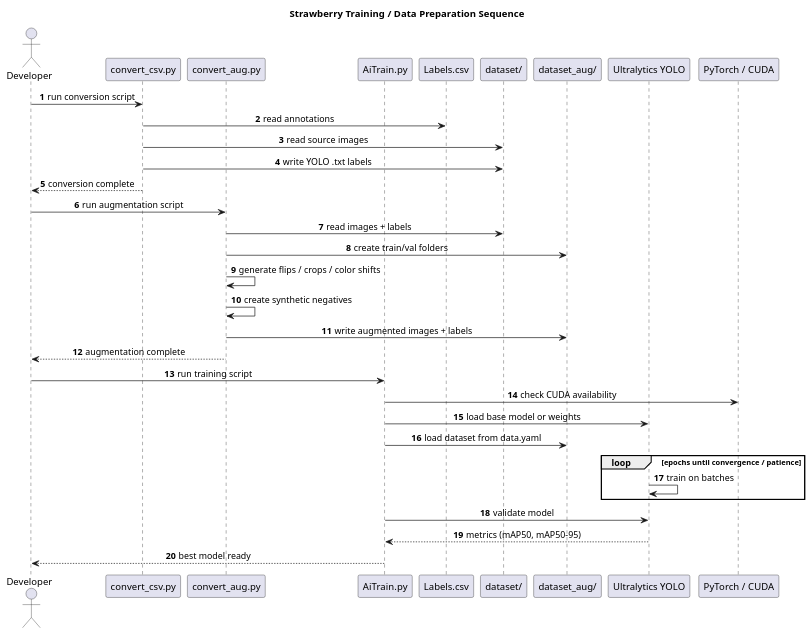
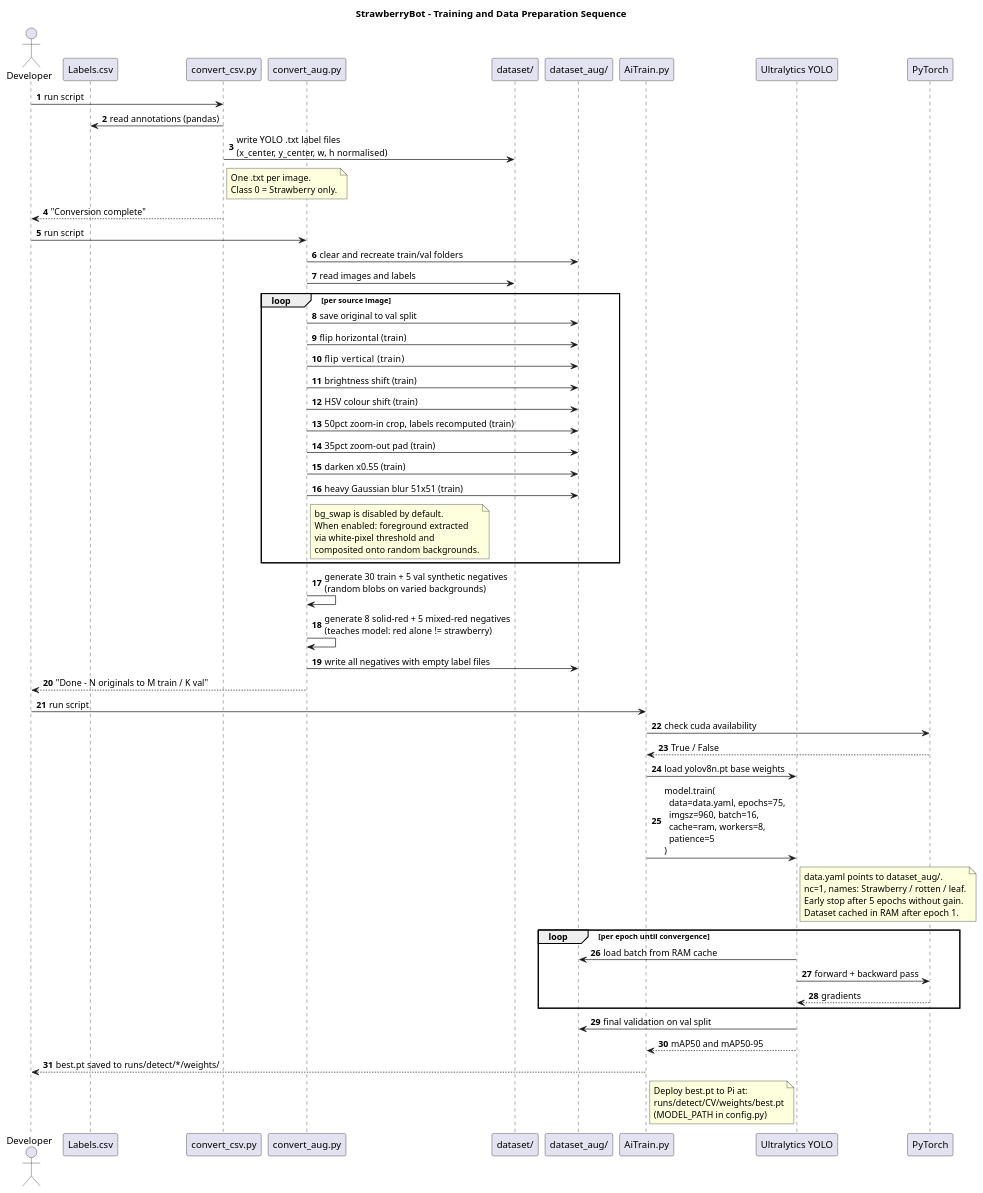
The diagram in plantuml/strawberry_training_sequence.puml (mr-matthias1829/StrawberryBot), drawn with PlantUML before and after one commit. The commit also changed 9 other files, not shown here.

Commit message:
updated uml and worked on some of the views. UPDATE AND FINISH THIS WHEN CODE IS NEARLY FINISHED

```diff
--- a/plantuml/strawberry_training_sequence.puml
+++ b/plantuml/strawberry_training_sequence.puml
@@ -1,42 +1,80 @@
 @startuml
-title Strawberry Training / Data Preparation Sequence
+title StrawberryBot - Training and Data Preparation Sequence
 autonumber
 skinparam responseMessageBelowArrow true
-skinparam sequenceMessageAlign center
 
 actor Developer
+participant "Labels.csv" as LABELS
 participant "convert_csv.py" as CSV
 participant "convert_aug.py" as AUG
-participant "AiTrain.py" as TRAIN
-participant "Labels.csv" as LABELS
 participant "dataset/" as DATASET
 participant "dataset_aug/" as AUGSET
+participant "AiTrain.py" as TRAIN
 participant "Ultralytics YOLO" as YOLO
-participant "PyTorch / CUDA" as TORCH
+participant "PyTorch" as TORCH
 
-Developer -> CSV: run conversion script
-CSV -> LABELS: read annotations
-CSV -> DATASET: read source images
-CSV -> DATASET: write YOLO .txt labels
-CSV --> Developer: conversion complete
+Developer -> CSV: run script
+CSV -> LABELS: read annotations (pandas)
+CSV -> DATASET: write YOLO .txt label files\n(x_center, y_center, w, h normalised)
+note right of CSV
+  One .txt per image.
+  Class 0 = Strawberry only.
+end note
+CSV --> Developer: "Conversion complete"
 
-Developer -> AUG: run augmentation script
-AUG -> DATASET: read images + labels
-AUG -> AUGSET: create train/val folders
-AUG -> AUG: generate flips / crops / color shifts
-AUG -> AUG: create synthetic negatives
-AUG -> AUGSET: write augmented images + labels
-AUG --> Developer: augmentation complete
+Developer -> AUG: run script
+AUG -> AUGSET: clear and recreate train/val folders
+AUG -> DATASET: read images and labels
 
-Developer -> TRAIN: run training script
-TRAIN -> TORCH: check CUDA availability
-TRAIN -> YOLO: load base model or weights
-TRAIN -> AUGSET: load dataset from data.yaml
-loop epochs until convergence / patience
-    YOLO -> YOLO: train on batches
+loop per source image
+  AUG -> AUGSET: save original to val split
+  AUG -> AUGSET: flip horizontal  (train)
+  AUG -> AUGSET: flip vertical    (train)
+  AUG -> AUGSET: brightness shift (train)
+  AUG -> AUGSET: HSV colour shift (train)
+  AUG -> AUGSET: 50pct zoom-in crop, labels recomputed (train)
+  AUG -> AUGSET: 35pct zoom-out pad (train)
+  AUG -> AUGSET: darken x0.55 (train)
+  AUG -> AUGSET: heavy Gaussian blur 51x51 (train)
+  note right of AUG
+    bg_swap is disabled by default.
+    When enabled: foreground extracted
+    via white-pixel threshold and
+    composited onto random backgrounds.
+  end note
 end
-TRAIN -> YOLO: validate model
-YOLO --> TRAIN: metrics (mAP50, mAP50-95)
-TRAIN --> Developer: best model ready
+
+AUG -> AUG: generate 30 train + 5 val synthetic negatives\n(random blobs on varied backgrounds)
+AUG -> AUG: generate 8 solid-red + 5 mixed-red negatives\n(teaches model: red alone != strawberry)
+AUG -> AUGSET: write all negatives with empty label files
+AUG --> Developer: "Done - N originals to M train / K val"
+
+Developer -> TRAIN: run script
+TRAIN -> TORCH: check cuda availability
+TORCH --> TRAIN: True / False
+TRAIN -> YOLO: load yolov8n.pt base weights
+TRAIN -> YOLO: model.train(\n  data=data.yaml, epochs=75,\n  imgsz=960, batch=16,\n  cache=ram, workers=8,\n  patience=5\n)
+note right of YOLO
+  data.yaml points to dataset_aug/.
+  nc=1, names: Strawberry / rotten / leaf.
+  Early stop after 5 epochs without gain.
+  Dataset cached in RAM after epoch 1.
+end note
+
+loop per epoch until convergence
+  YOLO -> AUGSET: load batch from RAM cache
+  YOLO -> TORCH: forward + backward pass
+  TORCH --> YOLO: gradients
+end
+
+YOLO -> AUGSET: final validation on val split
+YOLO --> TRAIN: mAP50 and mAP50-95
+TRAIN --> Developer: best.pt saved to runs/detect/*/weights/
+
+note right of TRAIN
+  Deploy best.pt to Pi at:
+  runs/detect/CV/weights/best.pt
+  (MODEL_PATH in config.py)
+end note
 
 @enduml
```
